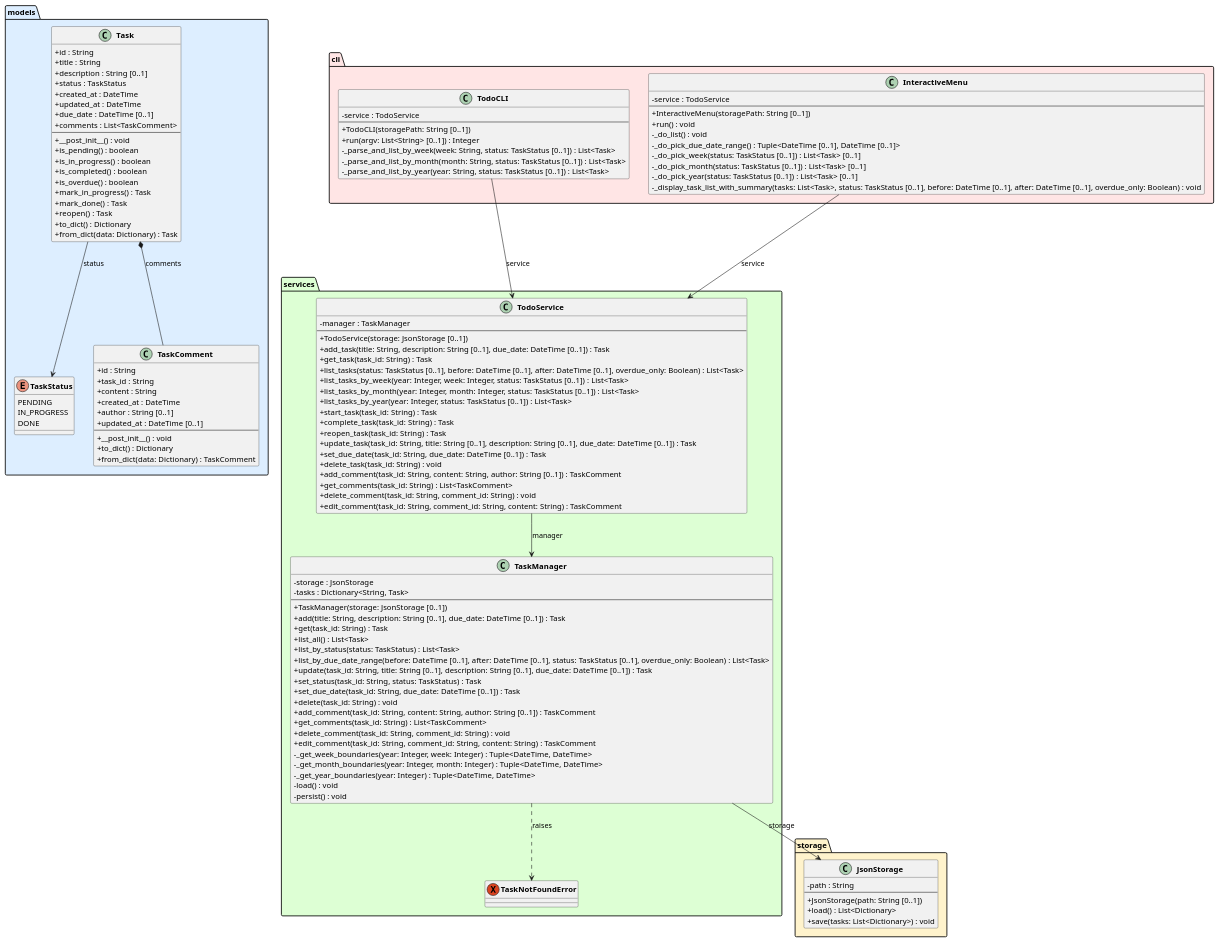
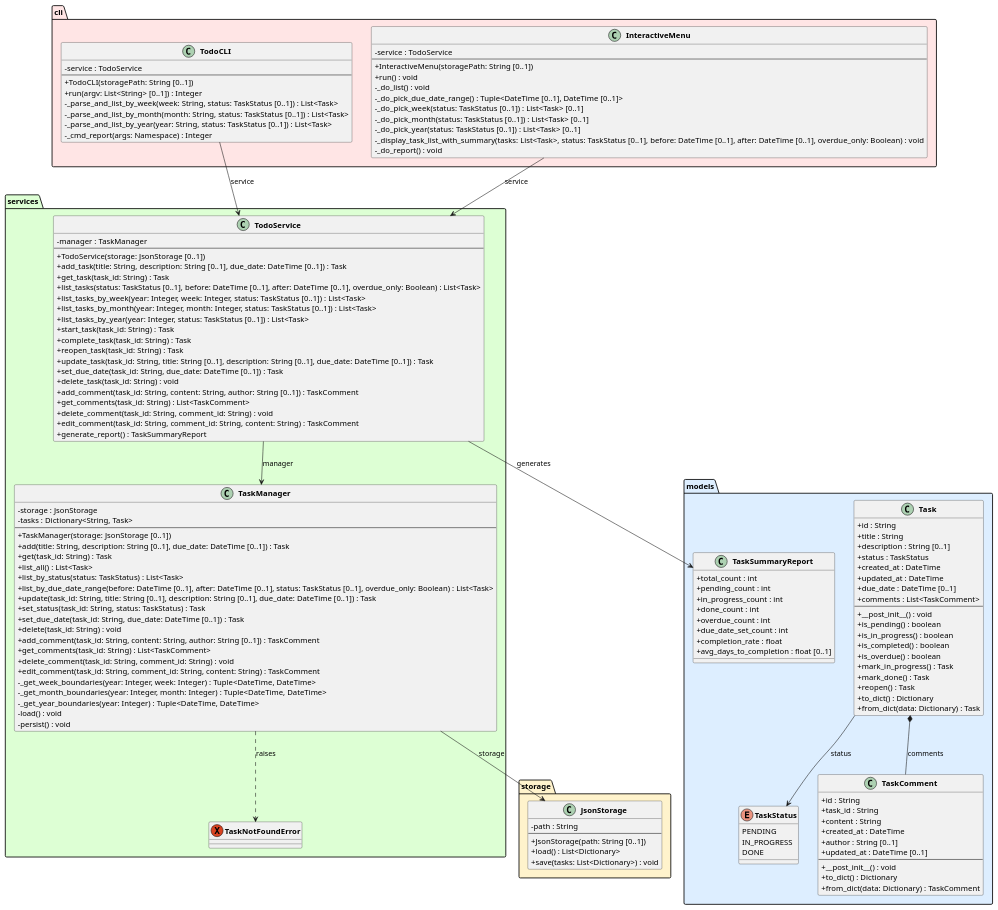
The diagram in experiments/pipeline/user_stories/TODO/artifacts/class_diagram.puml (DanielRiha8906/Software_autoevolution_using_agents), drawn with PlantUML before and after one commit. The commit also changed 10 other files, not shown here.

First line of the commit message:
task 06 | pipeline / user_stories / TODO

```diff
--- a/experiments/pipeline/user_stories/TODO/artifacts/class_diagram.puml
+++ b/experiments/pipeline/user_stories/TODO/artifacts/class_diagram.puml
@@ -1,143 +1,158 @@
 @startuml class_diagram
 
 skinparam classAttributeIconSize 0
 skinparam classFontStyle bold
 
 package "models" #DDEEFF {
     enum TaskStatus {
         PENDING
         IN_PROGRESS
         DONE
     }
 
     class Task {
         +id : String
         +title : String
         +description : String [0..1]
         +status : TaskStatus
         +created_at : DateTime
         +updated_at : DateTime
         +due_date : DateTime [0..1]
         +comments : List<TaskComment>
         --
         +__post_init__() : void
         +is_pending() : boolean
         +is_in_progress() : boolean
         +is_completed() : boolean
         +is_overdue() : boolean
         +mark_in_progress() : Task
         +mark_done() : Task
         +reopen() : Task
         +to_dict() : Dictionary
         +from_dict(data: Dictionary) : Task
     }
 
     class TaskComment {
         +id : String
         +task_id : String
         +content : String
         +created_at : DateTime
         +author : String [0..1]
         +updated_at : DateTime [0..1]
         --
         +__post_init__() : void
         +to_dict() : Dictionary
         +from_dict(data: Dictionary) : TaskComment
+    }
+
+    class TaskSummaryReport {
+        +total_count : int
+        +pending_count : int
+        +in_progress_count : int
+        +done_count : int
+        +overdue_count : int
+        +due_date_set_count : int
+        +completion_rate : float
+        +avg_days_to_completion : float [0..1]
     }
 }
 
 package "storage" #FFF3CC {
     class JsonStorage {
         -path : String
         --
         +JsonStorage(path: String [0..1])
         +load() : List<Dictionary>
         +save(tasks: List<Dictionary>) : void
     }
 }
 
 package "services" #DDFFD4 {
     exception TaskNotFoundError
 
     class TaskManager {
         -storage : JsonStorage
         -tasks : Dictionary<String, Task>
         --
         +TaskManager(storage: JsonStorage [0..1])
         +add(title: String, description: String [0..1], due_date: DateTime [0..1]) : Task
         +get(task_id: String) : Task
         +list_all() : List<Task>
         +list_by_status(status: TaskStatus) : List<Task>
         +list_by_due_date_range(before: DateTime [0..1], after: DateTime [0..1], status: TaskStatus [0..1], overdue_only: Boolean) : List<Task>
         +update(task_id: String, title: String [0..1], description: String [0..1], due_date: DateTime [0..1]) : Task
         +set_status(task_id: String, status: TaskStatus) : Task
         +set_due_date(task_id: String, due_date: DateTime [0..1]) : Task
         +delete(task_id: String) : void
         +add_comment(task_id: String, content: String, author: String [0..1]) : TaskComment
         +get_comments(task_id: String) : List<TaskComment>
         +delete_comment(task_id: String, comment_id: String) : void
         +edit_comment(task_id: String, comment_id: String, content: String) : TaskComment
         -_get_week_boundaries(year: Integer, week: Integer) : Tuple<DateTime, DateTime>
         -_get_month_boundaries(year: Integer, month: Integer) : Tuple<DateTime, DateTime>
         -_get_year_boundaries(year: Integer) : Tuple<DateTime, DateTime>
         -load() : void
         -persist() : void
     }
 
     class TodoService {
         -manager : TaskManager
         --
         +TodoService(storage: JsonStorage [0..1])
         +add_task(title: String, description: String [0..1], due_date: DateTime [0..1]) : Task
         +get_task(task_id: String) : Task
         +list_tasks(status: TaskStatus [0..1], before: DateTime [0..1], after: DateTime [0..1], overdue_only: Boolean) : List<Task>
         +list_tasks_by_week(year: Integer, week: Integer, status: TaskStatus [0..1]) : List<Task>
         +list_tasks_by_month(year: Integer, month: Integer, status: TaskStatus [0..1]) : List<Task>
         +list_tasks_by_year(year: Integer, status: TaskStatus [0..1]) : List<Task>
         +start_task(task_id: String) : Task
         +complete_task(task_id: String) : Task
         +reopen_task(task_id: String) : Task
         +update_task(task_id: String, title: String [0..1], description: String [0..1], due_date: DateTime [0..1]) : Task
         +set_due_date(task_id: String, due_date: DateTime [0..1]) : Task
         +delete_task(task_id: String) : void
         +add_comment(task_id: String, content: String, author: String [0..1]) : TaskComment
         +get_comments(task_id: String) : List<TaskComment>
         +delete_comment(task_id: String, comment_id: String) : void
         +edit_comment(task_id: String, comment_id: String, content: String) : TaskComment
+        +generate_report() : TaskSummaryReport
     }
 }
 
 package "cli" #FFE5E5 {
     class TodoCLI {
         -service : TodoService
         --
         +TodoCLI(storagePath: String [0..1])
         +run(argv: List<String> [0..1]) : Integer
         -_parse_and_list_by_week(week: String, status: TaskStatus [0..1]) : List<Task>
         -_parse_and_list_by_month(month: String, status: TaskStatus [0..1]) : List<Task>
         -_parse_and_list_by_year(year: String, status: TaskStatus [0..1]) : List<Task>
+        -_cmd_report(args: Namespace) : Integer
     }
 
     class InteractiveMenu {
         -service : TodoService
         --
         +InteractiveMenu(storagePath: String [0..1])
         +run() : void
         -_do_list() : void
         -_do_pick_due_date_range() : Tuple<DateTime [0..1], DateTime [0..1]>
         -_do_pick_week(status: TaskStatus [0..1]) : List<Task> [0..1]
         -_do_pick_month(status: TaskStatus [0..1]) : List<Task> [0..1]
         -_do_pick_year(status: TaskStatus [0..1]) : List<Task> [0..1]
         -_display_task_list_with_summary(tasks: List<Task>, status: TaskStatus [0..1], before: DateTime [0..1], after: DateTime [0..1], overdue_only: Boolean) : void
+        -_do_report() : void
     }
 }
 
 Task --> TaskStatus : status
 Task *-- TaskComment : comments
+TodoService --> TaskSummaryReport : generates
 TaskManager --> JsonStorage : storage
 TaskManager ..> TaskNotFoundError : raises
 TodoService --> TaskManager : manager
 TodoCLI --> TodoService : service
 InteractiveMenu --> TodoService : service
 
 @enduml
```
